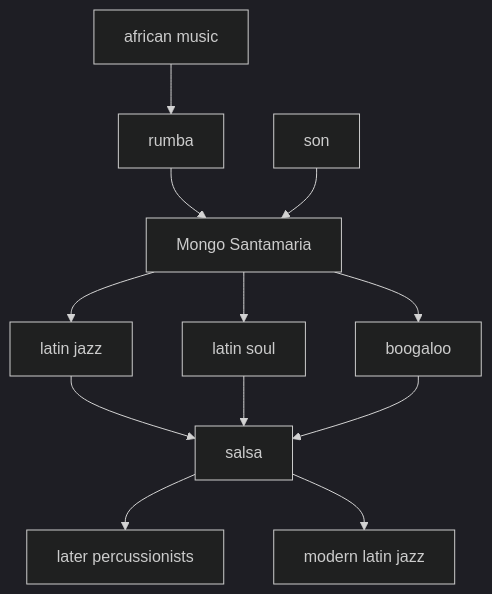
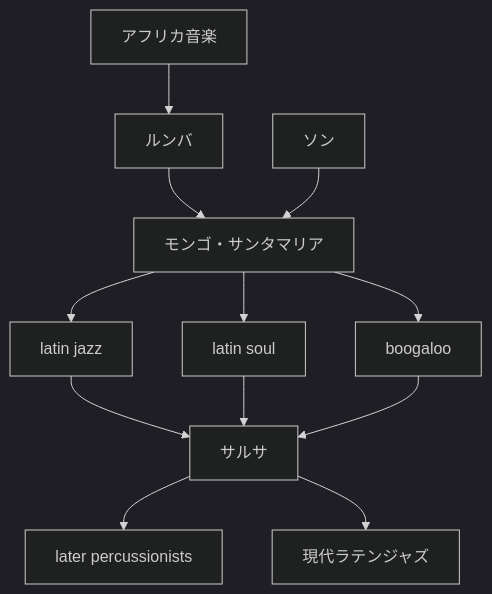
Before and after one commit to monumental-movement/monumental-movement.github.io: the seventh of 7 diagrams in en/_posts/2026-06-25-column-mongo-santamaria.md, drawn with Mermaid (dark theme). The commit also changed other lines of this file and 2196 other files, not shown here.

```diff
--- a/en/_posts/2026-06-25-column-mongo-santamaria.md
+++ b/en/_posts/2026-06-25-column-mongo-santamaria.md
@@ -913,32 +912,32 @@
 <div class="mermaid">
 graph TD
 
-A[african music]
-B[rumba]
-C[son]
-D[Mongo Santamaria]
+A[アフリカ音楽]
+B[ルンバ]
+C[ソン]
+D[モンゴ・サンタマリア]
 
 E[latin jazz]
 F[latin soul]
 G[boogaloo]
-H[salsa]
+H[サルサ]
 
 I[later percussionists]
-J[modern latin jazz]
+J[現代ラテンジャズ]
 
 A --> B
 B --> D
 C --> D
 
 D --> E
 D --> F
 D --> G
 
 E --> H
 F --> H
 G --> H
 
 H --> I
 H --> J
 
 </div>
```
